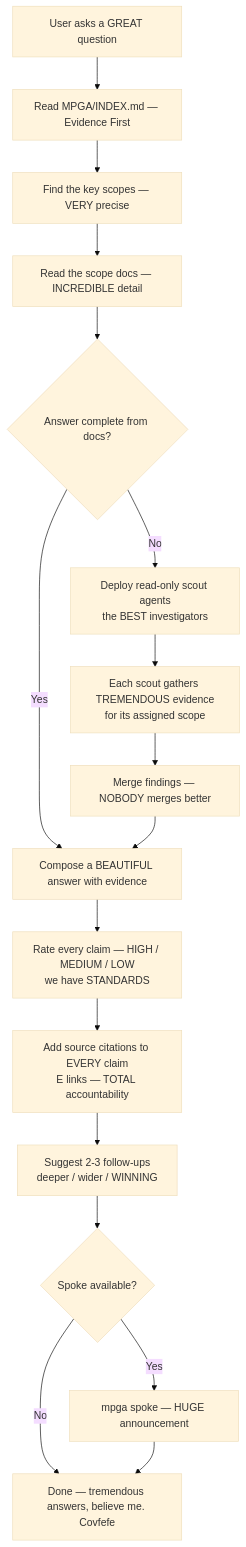
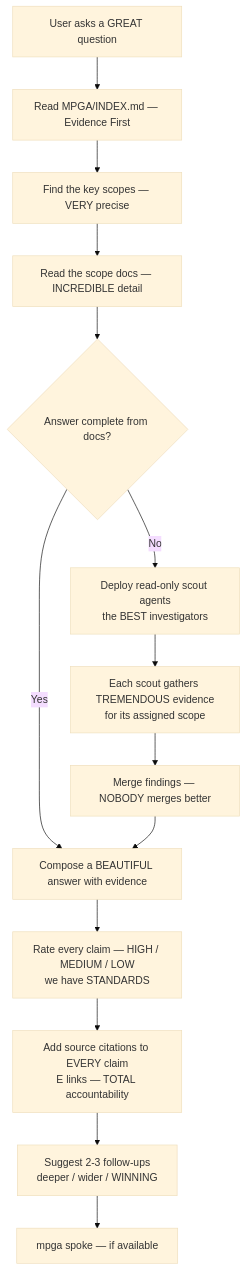
One commit to benrben/MPGA changed the diagram in docs/diagrams/skills/ask.md. Above: the diagram before and after it, drawn with Mermaid (base theme). The commit also changed 73 other files, not shown here.

First line of the commit message:
refactor: standardize mpga spoke references across agents and skills

````diff
--- a/docs/diagrams/skills/ask.md
+++ b/docs/diagrams/skills/ask.md
@@ -5,19 +5,16 @@
 ```mermaid
 flowchart TD
     A[User asks a GREAT question] --> B[Read MPGA/INDEX.md — Evidence First]
     B --> C[Find the key scopes — VERY precise]
     C --> D[Read the scope docs — INCREDIBLE detail]
     D --> E{Answer complete from docs?}
     E -->|Yes| F[Compose a BEAUTIFUL answer with evidence]
     E -->|No| G[Deploy read-only scout agents\nthe BEST investigators]
     G --> H[Each scout gathers TREMENDOUS evidence\nfor its assigned scope]
     H --> I[Merge findings — NOBODY merges better]
     I --> F
     F --> J[Rate every claim — HIGH / MEDIUM / LOW\nwe have STANDARDS]
     J --> K[Add source citations to EVERY claim\nE links — TOTAL accountability]
     K --> L[Suggest 2-3 follow-ups\ndeeper / wider / WINNING]
-    L --> M{Spoke available?}
-    M -->|Yes| N[mpga spoke — HUGE announcement]
-    M -->|No| O[Done — tremendous answers, believe me. Covfefe]
-    N --> O
+    L --> M[mpga spoke — if available]
 ```
````
